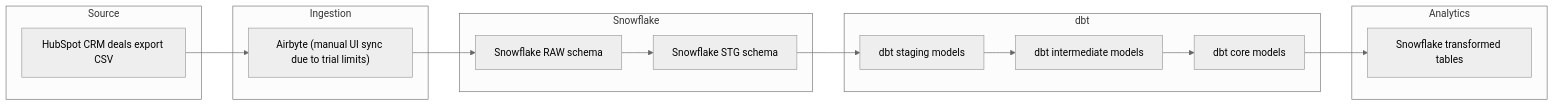
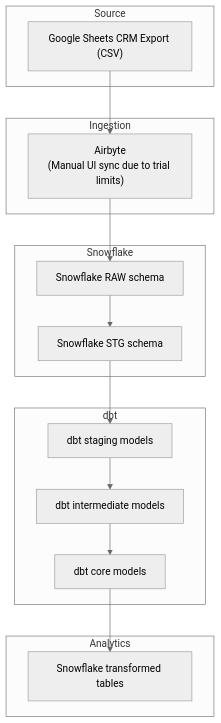
Before and after one commit to scottjue21/CRM-sales: the diagram in README.md, drawn with Mermaid (neutral theme).

````diff
--- a/README.md
+++ b/README.md
@@ -1,28 +1,27 @@
 ```mermaid
-flowchart LR
+flowchart TB
   subgraph Source
-    hubspot["HubSpot CRM deals export CSV"]
+    gs["Google Sheets CRM Export (CSV)"]
   end
 
   subgraph Ingestion
-    airbyte["Airbyte (manual UI sync due to trial limits)"]
+    airbyte["Airbyte\n(Manual UI sync due to trial limits)"]
   end
 
   subgraph Snowflake
-    snowflake_raw["Snowflake RAW schema"]
-    snowflake_stg["Snowflake STG schema"]
+    raw["Snowflake RAW schema"]
+    stg["Snowflake STG schema"]
   end
 
   subgraph dbt
     dbt_stg["dbt staging models"]
     dbt_int["dbt intermediate models"]
     dbt_core["dbt core models"]
   end
 
   subgraph Analytics
-    snowflake_analytics["Snowflake transformed tables"]
+    analytics["Snowflake transformed tables"]
   end
 
-  hubspot --> airbyte --> snowflake_raw --> snowflake_stg
-  snowflake_stg --> dbt_stg --> dbt_int --> dbt_core --> snowflake_analytics
+  gs --> airbyte --> raw --> stg --> dbt_stg --> dbt_int --> dbt_core --> analytics
 ```
````
